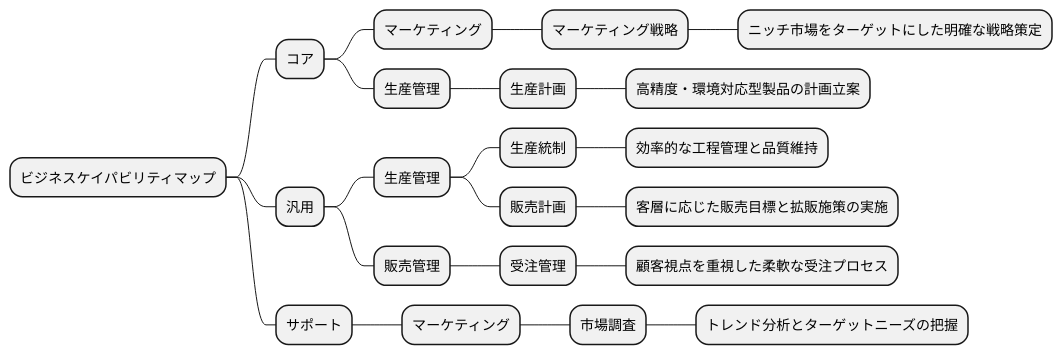
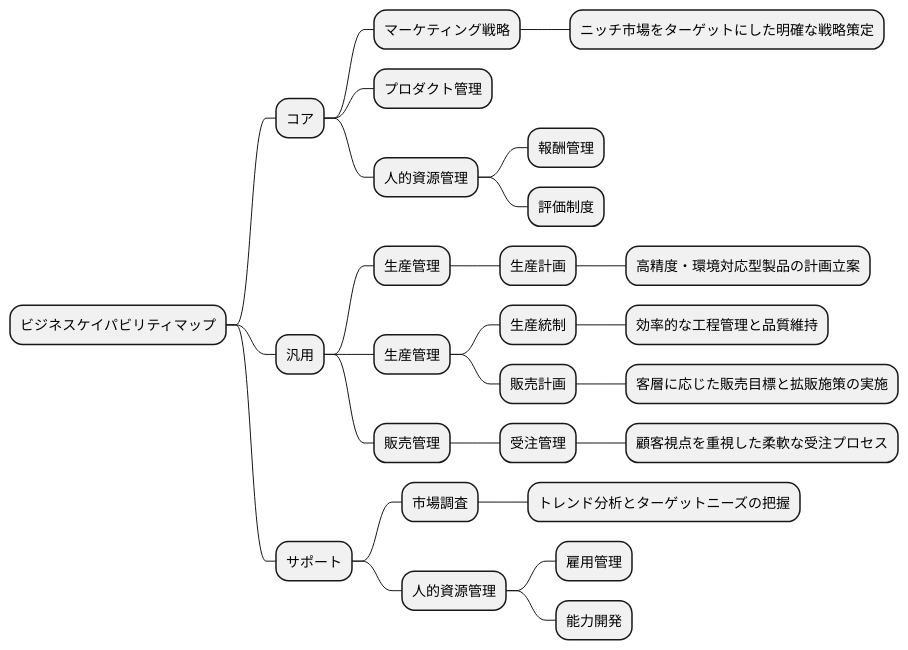
One commit to k2works/case-sutudy-business-analysis changed diagram 13 of 19 in docs/case/h30_case_1.adoc. Above: the diagram before and after it, drawn with PlantUML. The commit also changed other lines of this file, not shown here.

```diff
--- a/docs/case/h30_case_1.adoc
+++ b/docs/case/h30_case_1.adoc
@@ -491,28 +501,34 @@
 [plantuml]
 ----
 @startmindmap
 
 * ビジネスケイパビリティマップ
 ** コア
-*** マーケティング
-**** マーケティング戦略
-***** ニッチ市場をターゲットにした明確な戦略策定
+*** マーケティング戦略
+**** ニッチ市場をターゲットにした明確な戦略策定
+*** プロダクト管理
+*** 人的資源管理
+**** 報酬管理
+**** 評価制度
+** 汎用
 *** 生産管理
 **** 生産計画
 ***** 高精度・環境対応型製品の計画立案
-** 汎用
 *** 生産管理
 **** 生産統制
 ***** 効率的な工程管理と品質維持
 **** 販売計画
 ***** 客層に応じた販売目標と拡販施策の実施
 *** 販売管理
 **** 受注管理
 ***** 顧客視点を重視した柔軟な受注プロセス
 ** サポート
-*** マーケティング
-**** 市場調査
-***** トレンド分析とターゲットニーズの把握
+*** 市場調査
+**** トレンド分析とターゲットニーズの把握
+*** 人的資源管理
+**** 雇用管理
+**** 能力開発
+
 
 @endmindmap
 ----
```
